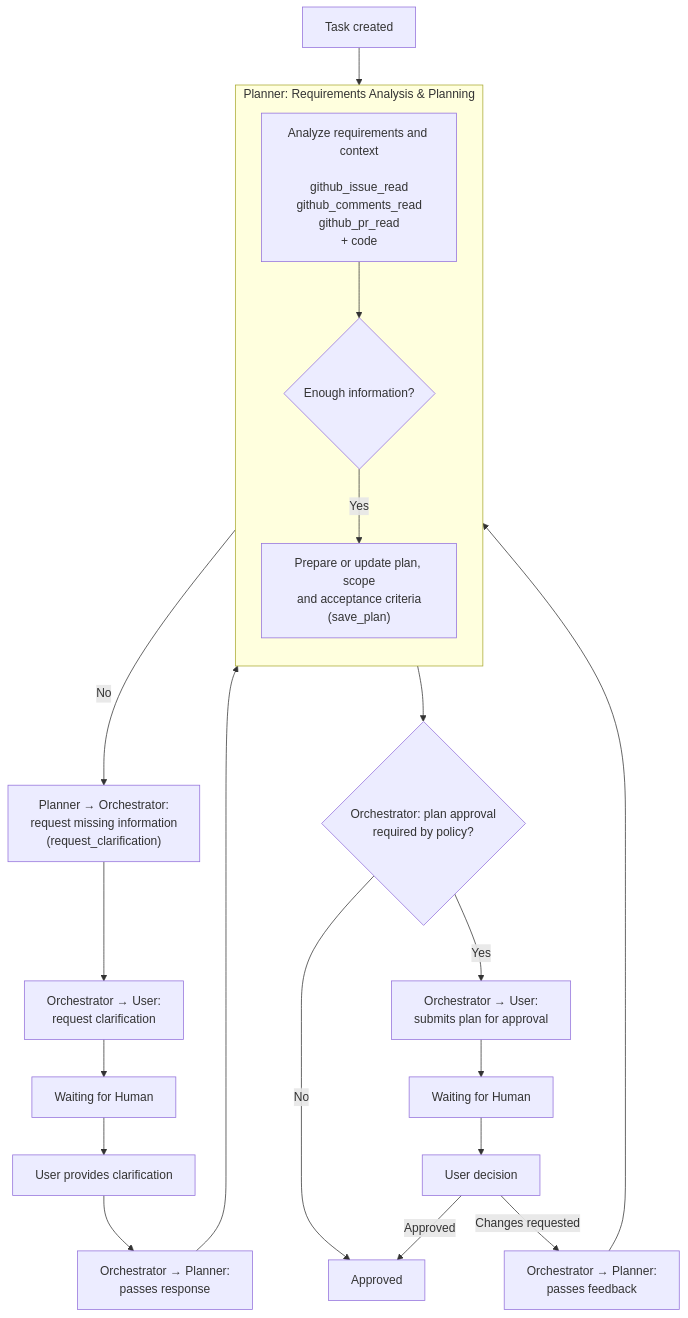
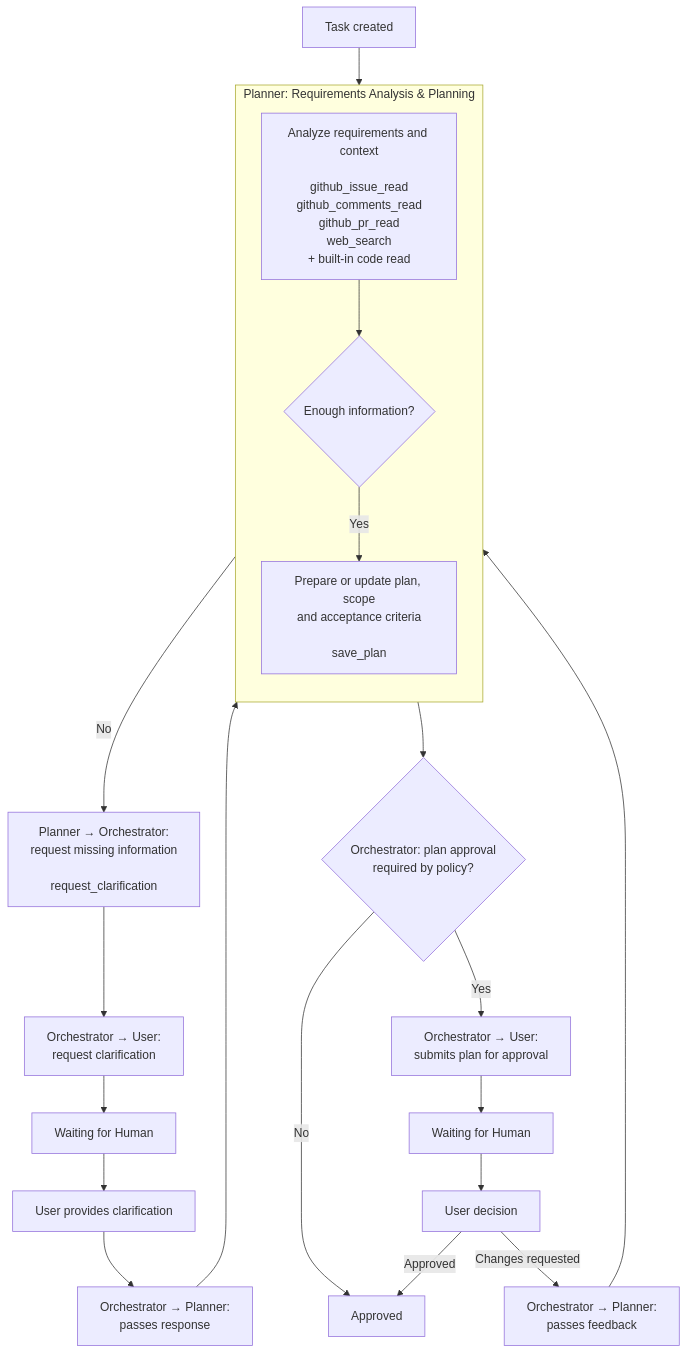
The diagram in docs/flows/plan.md (aliaksandrZh/ai-worker-01), drawn with Mermaid before and after one commit. The commit also changed 4 other files, not shown here.

````diff
--- a/docs/flows/plan.md
+++ b/docs/flows/plan.md
@@ -1,29 +1,29 @@
 ```mermaid
 flowchart TD
     A["Task created"] --> P1
 
     subgraph PL["Planner: Requirements Analysis & Planning"]
         direction TD
-        P1["Analyze requirements and context<br/><br/>github_issue_read<br/>github_comments_read<br/>github_pr_read<br/>+ code"]
+        P1["Analyze requirements and context<br/><br/>github_issue_read<br/>github_comments_read<br/>github_pr_read<br/>web_search<br/>+ built-in code read"]
         P1 --> Q{"Enough information?"}
-        Q -->|Yes| P2["Prepare or update plan, scope<br/>and acceptance criteria<br/>(save_plan)"]
+        Q -->|Yes| P2["Prepare or update plan, scope<br/>and acceptance criteria<br/><br/>save_plan"]
     end
 
-    Q -->|No| C1["Planner → Orchestrator:<br/>request missing information<br/>(request_clarification)"]
+    Q -->|No| C1["Planner → Orchestrator:<br/>request missing information<br/><br/>request_clarification"]
     C1 --> C2["Orchestrator → User:<br/>request clarification"]
     C2 --> W1["Waiting for Human"]
     W1 --> U1["User provides clarification"]
     U1 --> C3["Orchestrator → Planner:<br/>passes response"]
     C3 --> P1
 
     P2 --> AP{"Orchestrator: plan approval<br/>required by policy?"}
 
     AP -->|No| DONE["Approved"]
     AP -->|Yes| S1["Orchestrator → User:<br/>submits plan for approval"]
     S1 --> W2["Waiting for Human"]
     W2 --> U2["User decision"]
 
     U2 -->|Approved| DONE
     U2 -->|Changes requested| F1["Orchestrator → Planner:<br/>passes feedback"]
     F1 --> P1
 ```
````
